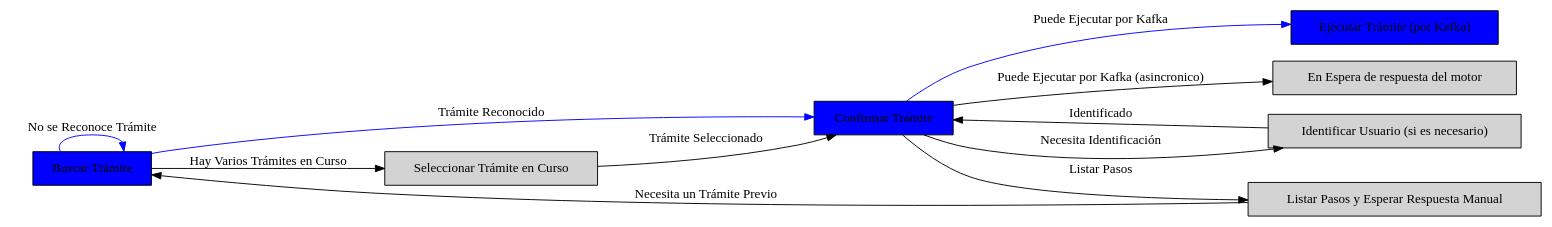
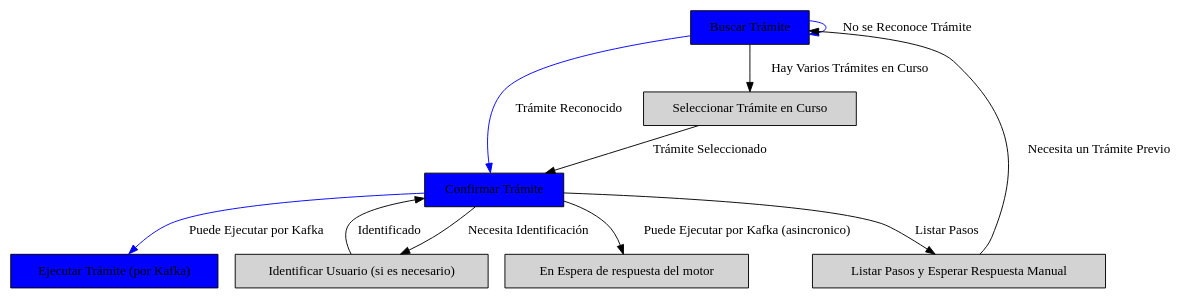
Before and after one commit to vaucheret/cheetha: the diagram in chatbot_fases.dot, drawn with Graphviz. The commit also changed 25 other files, not shown here.

```diff
--- a/chatbot_fases.dot
+++ b/chatbot_fases.dot
@@ -1,67 +1,67 @@
 digraph chat_assistant {
-    rankdir=LR; // Dirección de izquierda a derecha
+    rankdir=TB; // Dirección de izquierda a derecha
     node [shape=box, style=filled];
     
     // Fases existentes
     buscar_tramite [label="Buscar Trámite" shape=box fillcolor=blue];
     confirmar_tramite [label="Confirmar Trámite" shape=box fillcolor=blue];
     ejecutar_tramite [label="Ejecutar Trámite (por Kafka)" shape=box fillcolor=blue];
     en_espera [label="En Espera de respuesta del motor" shape=box ];
     espera_manual [label="Listar Pasos y Esperar Respuesta Manual" shape=box];
     seleccionar_tramite [label="Seleccionar Trámite en Curso" shape=box];
 
     // Fases planeadas
     identificar_usuario [label="Identificar Usuario (si es necesario)"  shape=box];
     // Puedes agregar otras fases planeadas aquí
 
     // Transiciones
     buscar_tramite -> confirmar_tramite [label="Trámite Reconocido" color=blue];
     buscar_tramite -> seleccionar_tramite [label="Hay Varios Trámites en Curso"];
     
     confirmar_tramite -> identificar_usuario [label="Necesita Identificación"];
     confirmar_tramite -> ejecutar_tramite [label="Puede Ejecutar por Kafka" color=blue];
     confirmar_tramite -> en_espera [label="Puede Ejecutar por Kafka (asincronico)"];
     confirmar_tramite -> espera_manual [label="Listar Pasos"];
     
     // Arco adicional desde identificar usuario a confirmar tramite
     identificar_usuario -> confirmar_tramite [label="Identificado"];
 
     // De "Seleccionar Trámite" se va a "Confirmar Trámite"
     seleccionar_tramite -> confirmar_tramite [label="Trámite Seleccionado"];
 
     // Ciclo en fase de buscar trámite
     buscar_tramite -> buscar_tramite [label="No se Reconoce Trámite" color=blue];
     
     // De "Esperar Respuesta Manual" puede regresar por "Trámite No Resuelto"
     espera_manual -> buscar_tramite [label="Necesita un Trámite Previo"];
 }
 
 // digraph chat_assistant {
 //     rankdir=LR; // Dirección de izquierda a derecha
 
 //     // Fases existentes
 //     buscar_tramite [label="Buscar Trámite" shape=box];
 //     confirmar_tramite [label="Confirmar Trámite" shape=box];
 //     ejecutar_tramite [label="Ejecutar Trámite (por Kafka)" shape=box];
 //     espera_manual [label="Listar Pasos y Esperar Respuesta Manual" shape=box];
 
 //     // Fases planeadas
 //     identificar_usuario [label="Identificar Usuario (si es necesario)" style=dashed shape=box];
 //     // Puedes agregar otras fases planeadas aquí
 
 //     // Transiciones
 //     buscar_tramite -> confirmar_tramite [label="Trámite Reconocido"];
     
 //     confirmar_tramite -> identificar_usuario [label="Necesita Identificación"];
 //     confirmar_tramite -> ejecutar_tramite [label="Puede Ejecutar por Kafka"];
 //     confirmar_tramite -> espera_manual [label="Trámite Asíncrono, Listar Pasos"];
     
 //     // Arco adicional desde identificar usuario a confirmar tramite
 //     identificar_usuario -> confirmar_tramite [label="Identificado"];
 
 //     // Ciclo en fase de buscar trámite
 //     buscar_tramite -> buscar_tramite [label="No se Reconoce Trámite"];
     
 //     // De "Esperar Respuesta Manual" puede regresar por "Trámite No Resuelto"
 //     espera_manual -> buscar_tramite [label="Necesita un Trámite Previo"];
 // }
```
